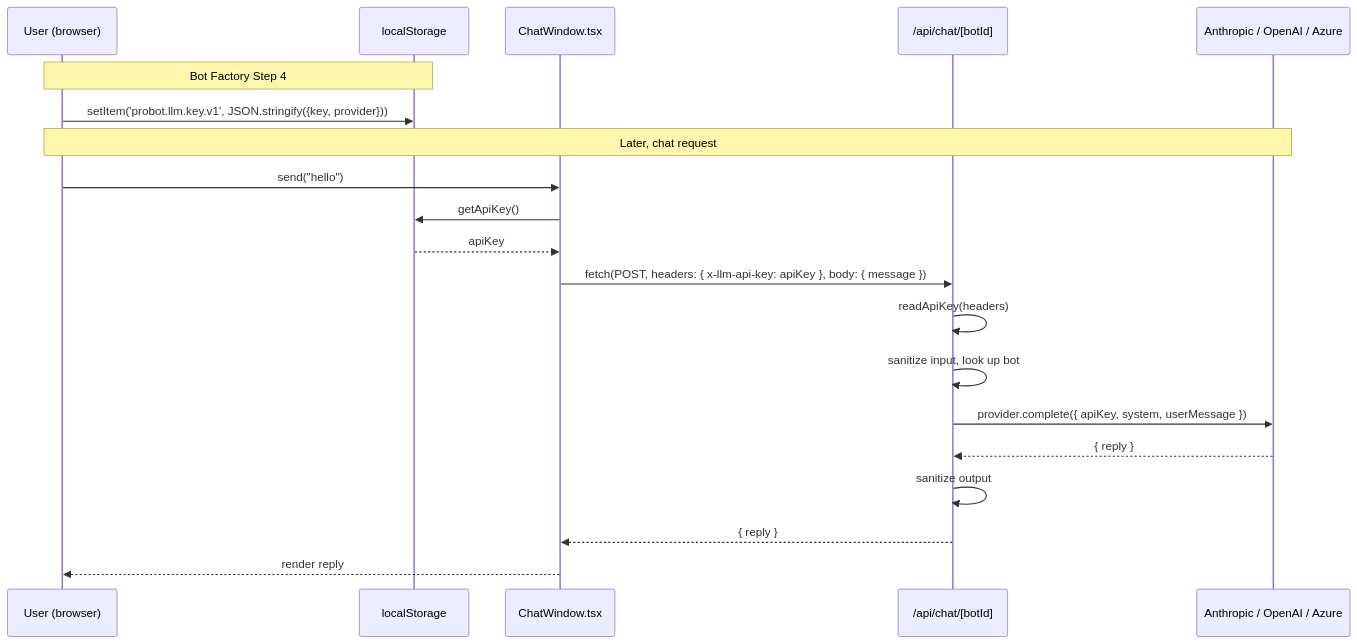
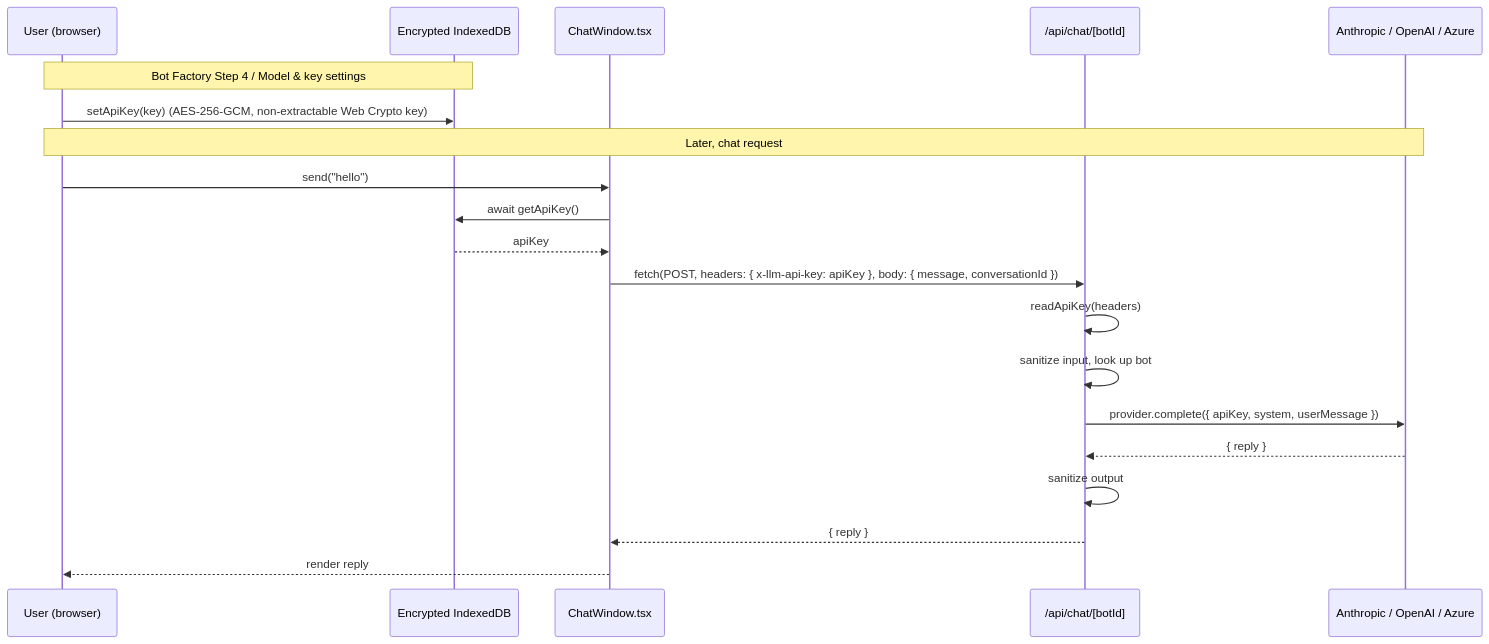
Before and after one commit to VishalPatil18/probot: the diagram in docs/concepts/byo-key.mdx, drawn with Mermaid. The commit also changed other lines of this file and 107 other files, not shown here.

Commit message:
feat: [STAGE v1.10] Docs, UI, probot npm package and Bot Config Udpdates

````diff
--- a/docs/concepts/byo-key.mdx
+++ b/docs/concepts/byo-key.mdx
@@ -17,24 +21,24 @@
 ```mermaid
 sequenceDiagram
     participant U as User (browser)
-    participant LS as localStorage
+    participant KS as Encrypted IndexedDB
     participant App as ChatWindow.tsx
     participant Route as /api/chat/[botId]
     participant Prov as Anthropic / OpenAI / Azure
 
-    Note over U,LS: Bot Factory Step 4
-    U->>LS: setItem('probot.llm.key.v1', JSON.stringify({key, provider}))
+    Note over U,KS: Bot Factory Step 4 / Model & key settings
+    U->>KS: setApiKey(key)  (AES-256-GCM, non-extractable Web Crypto key)
 
     Note over U,Prov: Later, chat request
     U->>App: send("hello")
-    App->>LS: getApiKey()
-    LS-->>App: apiKey
-    App->>Route: fetch(POST, headers: { x-llm-api-key: apiKey }, body: { message })
+    App->>KS: await getApiKey()
+    KS-->>App: apiKey
+    App->>Route: fetch(POST, headers: { x-llm-api-key: apiKey }, body: { message, conversationId })
     Route->>Route: readApiKey(headers)
     Route->>Route: sanitize input, look up bot
     Route->>Prov: provider.complete({ apiKey, system, userMessage })
     Prov-->>Route: { reply }
     Route->>Route: sanitize output
     Route-->>App: { reply }
     App-->>U: render reply
 ```
````
